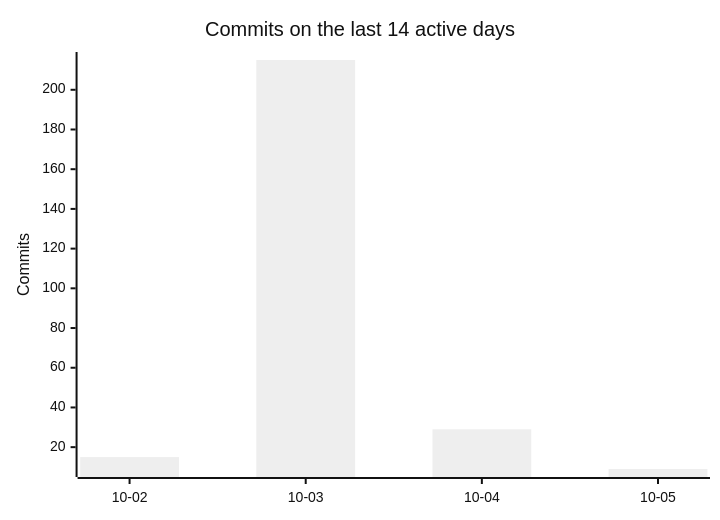
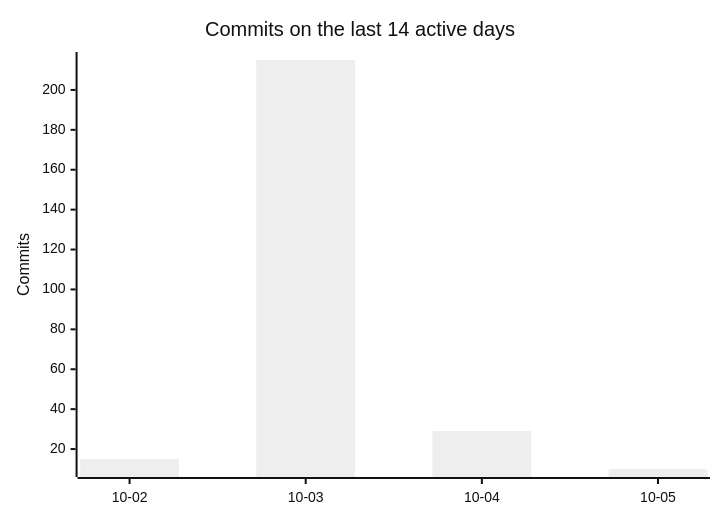
The third of 3 diagrams in README.md (PflanzenDex/PflanzenDex), drawn with Mermaid (neutral theme) before and after one commit. The commit also changed other lines of this file and 27 other files, not shown here.

First line of the commit message:
feat(acc): cost per user from a manual monthly figure (US-ACC-05)

````diff
--- a/README.md
+++ b/README.md
@@ -70,7 +70,7 @@
 ```mermaid
 xychart-beta
   title "Commits on the last 14 active days"
   x-axis ["10-02", "10-03", "10-04", "10-05"]
   y-axis "Commits"
-  bar [15, 215, 29, 9]
+  bar [15, 215, 29, 10]
 ```
````
